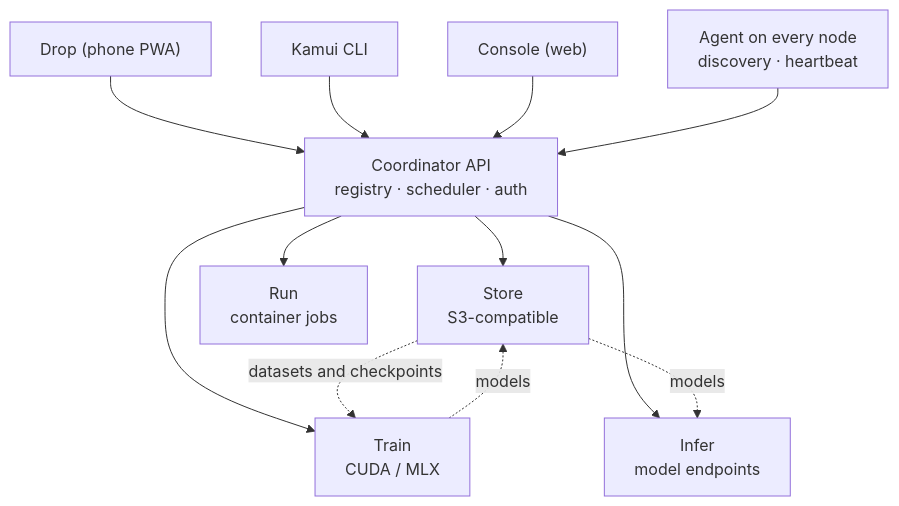
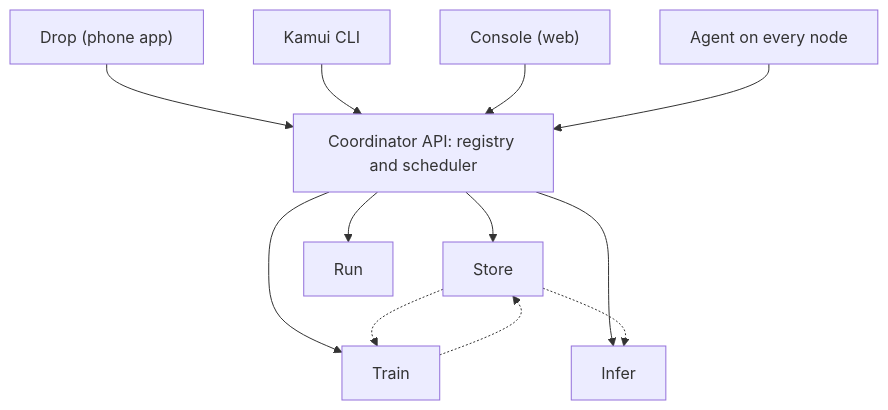
The diagram in README.md (nimbuslabs-dev/kamui-cloud), drawn with Mermaid before and after one commit. The commit also changed other lines of this file, not shown here.

````diff
--- a/README.md
+++ b/README.md
@@ -56,18 +54,18 @@
 ```mermaid
 flowchart TD
-    Drop["Drop (phone PWA)"] --> API
+    Drop["Drop (phone app)"] --> API
     CLI["Kamui CLI"] --> API
     Console["Console (web)"] --> API
 
-    API["Coordinator API<br/>registry · scheduler · auth"]
+    API["Coordinator API: registry and scheduler"]
 
-    API --> Store["Store<br/>S3-compatible"]
-    API --> Run["Run<br/>container jobs"]
-    API --> Train["Train<br/>CUDA / MLX"]
-    API --> Infer["Infer<br/>model endpoints"]
+    API --> Store["Store"]
+    API --> Run["Run"]
+    API --> Train["Train"]
+    API --> Infer["Infer"]
 
-    Agent["Agent on every node<br/>discovery · heartbeat"] --> API
-    Store -. datasets and checkpoints .-> Train
-    Train -. models .-> Store
-    Store -. models .-> Infer
+    Agent["Agent on every node"] --> API
+    Store -.-> Train
+    Train -.-> Store
+    Store -.-> Infer
 ```
````
